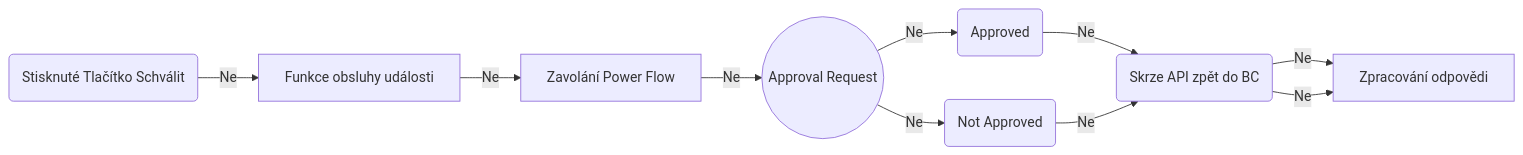
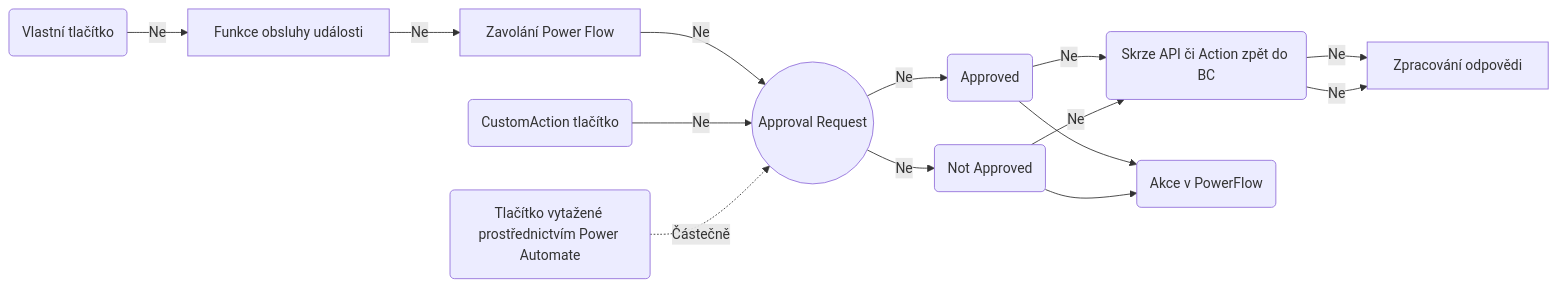
Before and after one commit to Pklimki/NVR: the diagram in Approvals/Jak to funguje.md, drawn with Mermaid.

Commit message:
Update Jak to funguje.md

````diff
--- a/Approvals/Jak to funguje.md
+++ b/Approvals/Jak to funguje.md
@@ -1,6 +1,14 @@
 ```mermaid
 graph LR
-A(Stisknuté Tlačítko Schválit) --Ne--> B[Funkce obsluhy události] -- Ne --> C[Zavolání Power Flow] -- Ne --> D((Approval Request))
-D -- Ne --> E(Approved) -- Ne --> G(Skrze API zpět do BC) -- Ne --> H[Zpracování odpovědi]
+A(Vlastní tlačítko) --Ne--> B[Funkce obsluhy události] -- Ne --> C[Zavolání Power Flow] -- Ne --> D((Approval Request))
+D -- Ne --> E(Approved) -- Ne --> G(Skrze API či Action zpět do BC) -- Ne --> H[Zpracování odpovědi]
 D -- Ne --> F(Not Approved) -- Ne --> G -- Ne --> H
+E --> K(Akce v PowerFlow)
+F --> K
+
+I(CustomAction tlačítko) -- Ne --> D
+
+J(Tlačítko vytažené prostřednictvím Power Automate) -. Částečně .-> D
+
+
 ```
````
